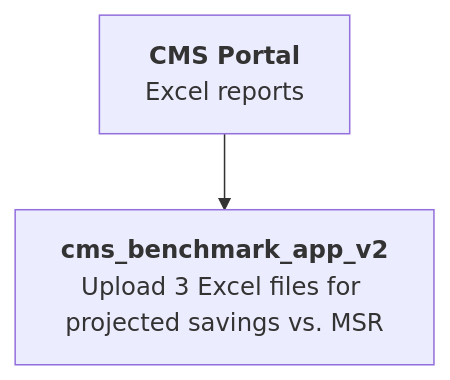
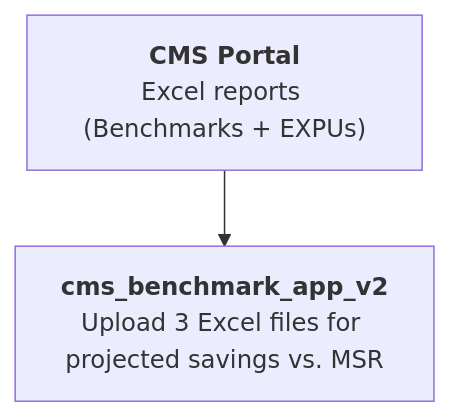
The second of 2 diagrams in docs/docs/mssp-acos/overview.md (tuva-health/tuva), drawn with Mermaid before and after one commit. The commit also changed other lines of this file and 4 other files, not shown here.

````diff
--- a/docs/docs/mssp-acos/overview.md
+++ b/docs/docs/mssp-acos/overview.md
@@ -58,6 +59,6 @@
 ```mermaid
 flowchart TD
     A["`**CMS Portal**
-Excel reports`"] --> B["`**cms_benchmark_app_v2**
+Excel reports (Benchmarks + EXPUs)`"] --> B["`**cms_benchmark_app_v2**
 Upload 3 Excel files for projected savings vs. MSR`"]
 ```
````
